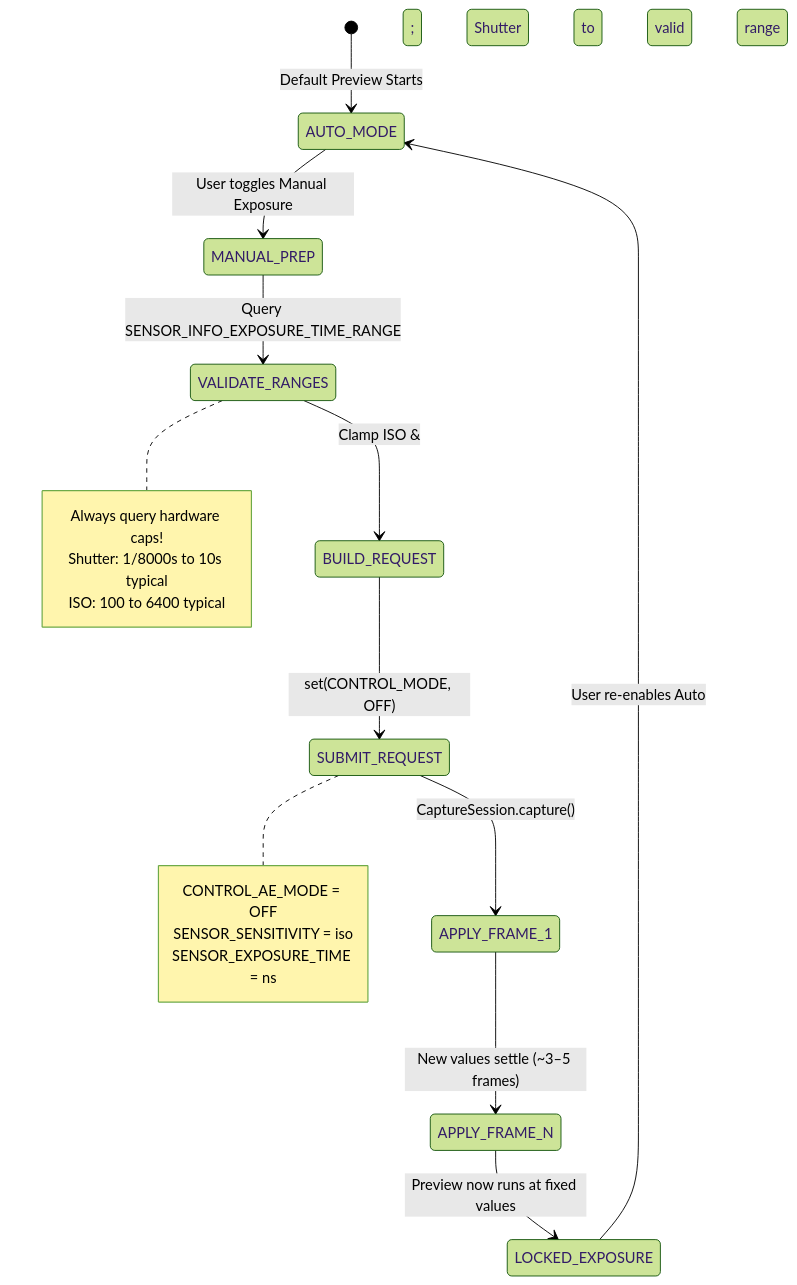
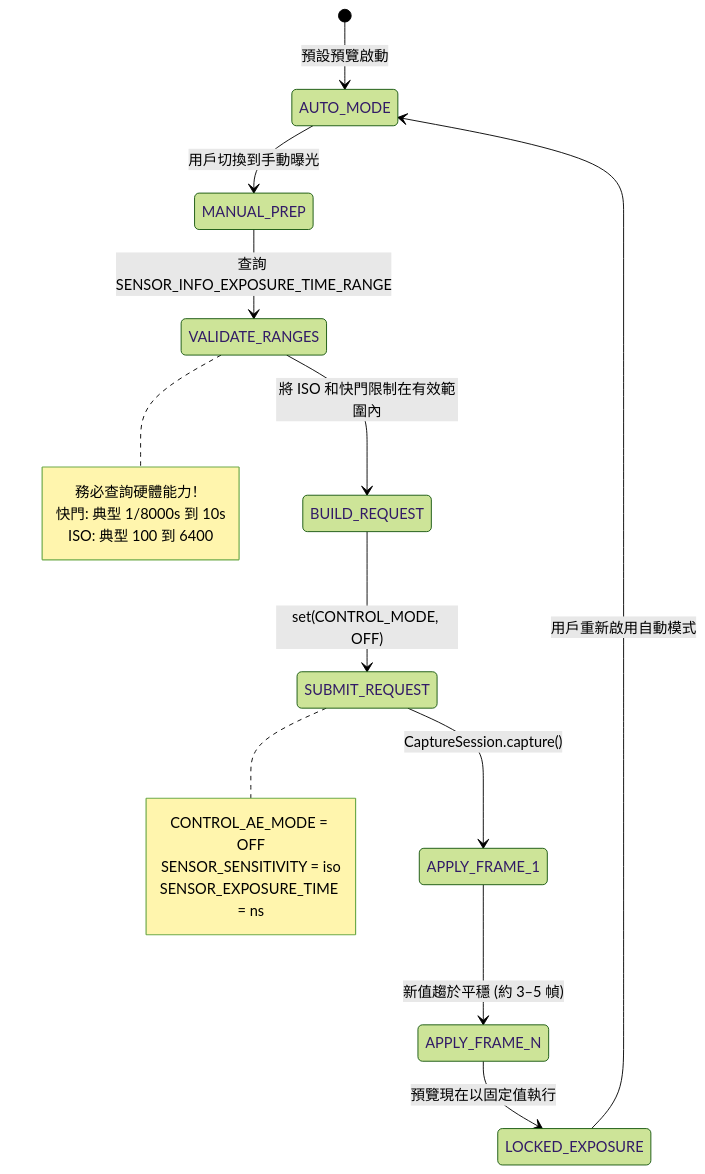
The diagram in website/i18n/zh-Hant/docusaurus-plugin-content-docs/current/camera2/manual-exposure-in-camera2.md (zoozooll/AndroidCameraParameters), drawn with Mermaid (forest theme) before and after one commit. The commit also changed other lines of this file and 378 other files, not shown here.

````diff
--- a/website/i18n/zh-Hant/docusaurus-plugin-content-docs/current/camera2/manual-exposure-in-camera2.md
+++ b/website/i18n/zh-Hant/docusaurus-plugin-content-docs/current/camera2/manual-exposure-in-camera2.md
@@ -29,22 +29,22 @@
 ```mermaid
 stateDiagram-v2
-    [*] --> AUTO_MODE: Default Preview Starts
-    AUTO_MODE --> MANUAL_PREP: User toggles Manual Exposure
-    MANUAL_PREP --> VALIDATE_RANGES: Query SENSOR_INFO_EXPOSURE_TIME_RANGE
-    VALIDATE_RANGES --> BUILD_REQUEST: Clamp ISO &amp; Shutter to valid range
+    [*] --> AUTO_MODE: 預設預覽啟動
+    AUTO_MODE --> MANUAL_PREP: 用戶切換到手動曝光
+    MANUAL_PREP --> VALIDATE_RANGES: 查詢 SENSOR_INFO_EXPOSURE_TIME_RANGE
+    VALIDATE_RANGES --> BUILD_REQUEST: 將 ISO 和快門限制在有效範圍內
     BUILD_REQUEST --> SUBMIT_REQUEST: set(CONTROL_MODE, OFF)
     SUBMIT_REQUEST --> APPLY_FRAME_1: CaptureSession.capture()
-    APPLY_FRAME_1 --> APPLY_FRAME_N: New values settle (~3–5 frames)
-    APPLY_FRAME_N --> LOCKED_EXPOSURE: Preview now runs at fixed values
-    LOCKED_EXPOSURE --> AUTO_MODE: User re-enables Auto
+    APPLY_FRAME_1 --> APPLY_FRAME_N: 新值趨於平穩 (約 3–5 幀)
+    APPLY_FRAME_N --> LOCKED_EXPOSURE: 預覽現在以固定值執行
+    LOCKED_EXPOSURE --> AUTO_MODE: 用戶重新啟用自動模式
     note right of VALIDATE_RANGES
-        Always query hardware caps!
-        Shutter: 1/8000s to 10s typical
-        ISO: 100 to 6400 typical
+        務必查詢硬體能力！
+        快門: 典型 1/8000s 到 10s
+        ISO: 典型 100 到 6400
     end note
     note right of SUBMIT_REQUEST
         CONTROL_AE_MODE = OFF
         SENSOR_SENSITIVITY = iso
         SENSOR_EXPOSURE_TIME = ns
     end note
 ```
````
